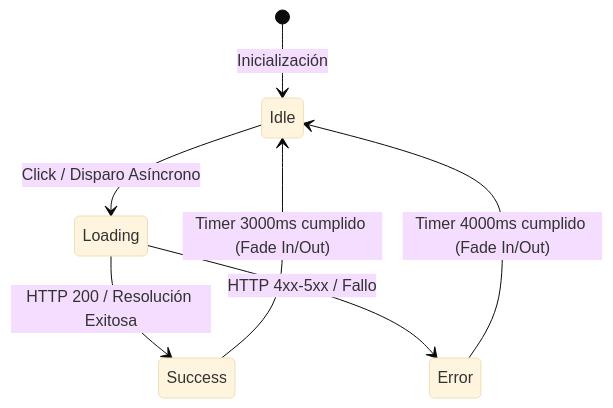
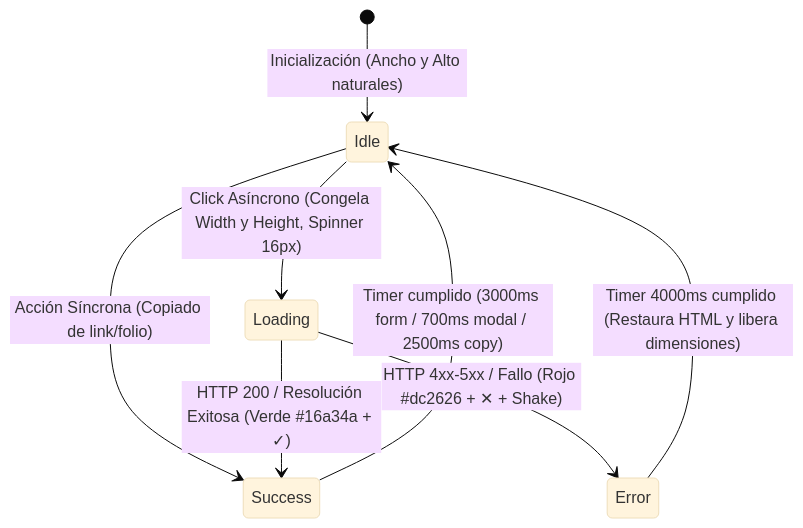
One commit to proyecto-web-abaq/documentation changed the ninth of 9 diagrams in docs/technical/architecture.md. Above: the diagram before and after it, drawn with Mermaid (base theme). The commit also changed other lines of this file and 5 other files, not shown here.

````diff
--- a/docs/technical/architecture.md
+++ b/docs/technical/architecture.md
@@ -1212,9 +1212,10 @@
      ```mermaid
      stateDiagram-v2
-         [*] --> Idle: Inicialización
-         Idle --> Loading: Click / Disparo Asíncrono
-         Loading --> Success: HTTP 200 / Resolución Exitosa
-         Loading --> Error: HTTP 4xx-5xx / Fallo
-         Success --> Idle: Timer 3000ms cumplido (Fade In/Out)
-         Error --> Idle: Timer 4000ms cumplido (Fade In/Out)
+         [*] --> Idle: Inicialización (Ancho y Alto naturales)
+         Idle --> Loading: Click Asíncrono (Congela Width y Height, Spinner 16px)
+         Idle --> Success: Acción Síncrona (Copiado de link/folio)
+         Loading --> Success: HTTP 200 / Resolución Exitosa (Verde #16a34a + ✓)
+         Loading --> Error: HTTP 4xx-5xx / Fallo (Rojo #dc2626 + ✕ + Shake)
+         Success --> Idle: Timer cumplido (3000ms form / 700ms modal / 2500ms copy)
+         Error --> Idle: Timer 4000ms cumplido (Restaura HTML y libera dimensiones)
      ```
````
